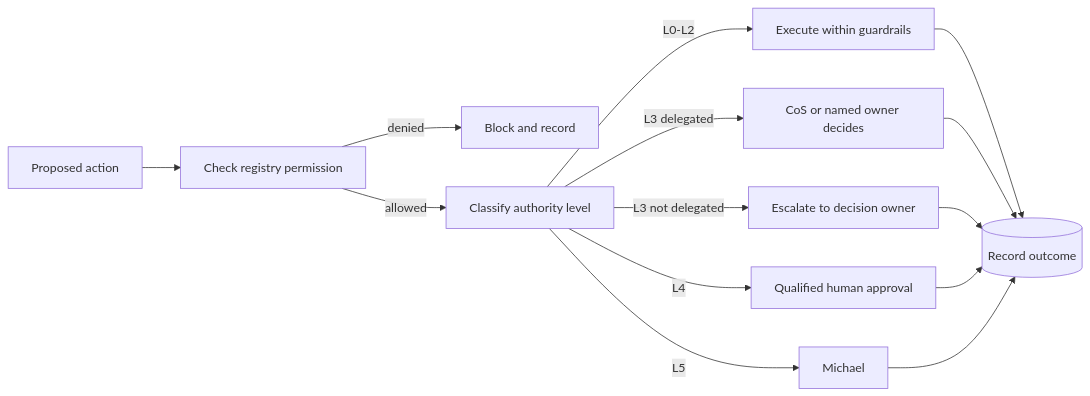
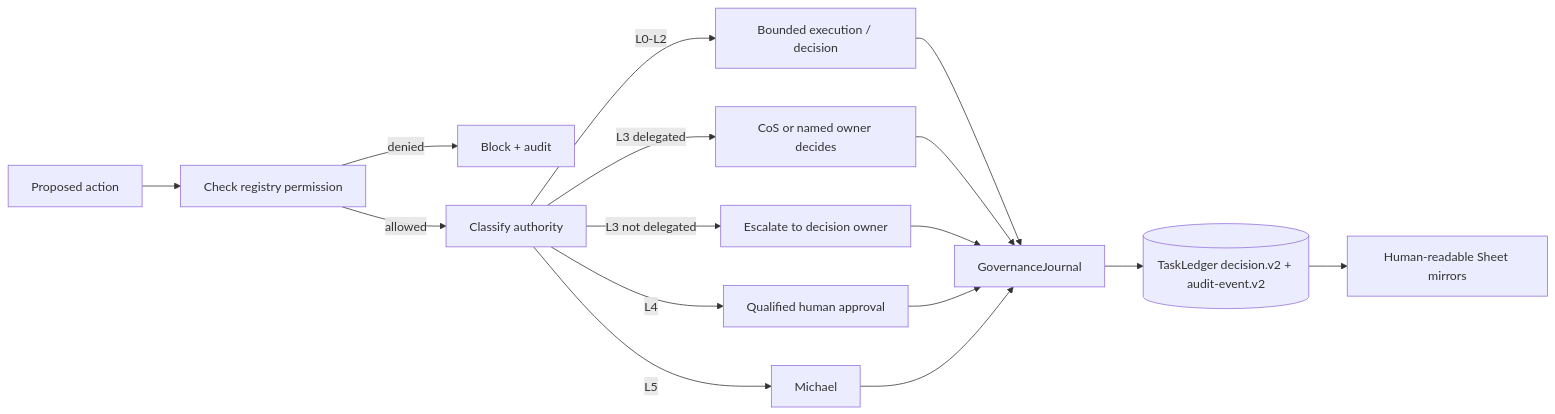
The second of 2 diagrams in docs/decision-rights.md (mkleinbe/mesh-ai-agent-cos-universe), drawn with Mermaid before and after one commit. The commit also changed other lines of this file, not shown here.

````diff
--- a/docs/decision-rights.md
+++ b/docs/decision-rights.md
@@ -39,16 +42,18 @@
 ```mermaid
 flowchart LR
     A[Proposed action] --> P[Check registry permission]
-    P -->|denied| X[Block and record]
-    P -->|allowed| D[Classify authority level]
-    D -->|L0-L2| E[Execute within guardrails]
+    P -->|denied| X[Block + audit]
+    P -->|allowed| D[Classify authority]
+    D -->|L0-L2| E[Bounded execution / decision]
     D -->|L3 delegated| C[CoS or named owner decides]
     D -->|L3 not delegated| M[Escalate to decision owner]
     D -->|L4| H[Qualified human approval]
     D -->|L5| CEO[Michael]
-    E --> R[(Record outcome)]
-    C --> R
-    M --> R
-    H --> R
-    CEO --> R
+    E --> J[GovernanceJournal]
+    C --> J
+    M --> J
+    H --> J
+    CEO --> J
+    J --> R[(TaskLedger decision.v2 + audit-event.v2)]
+    R --> S[Human-readable Sheet mirrors]
 ```
````
